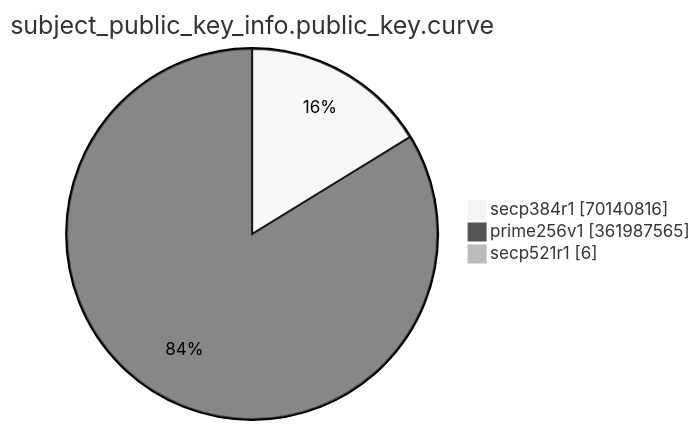
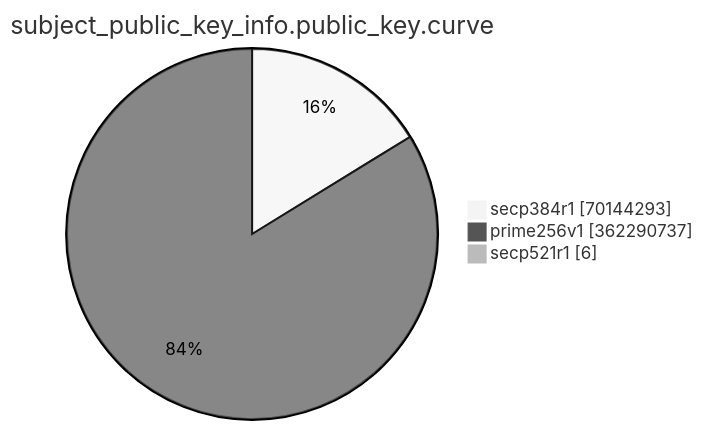
The eighth of 15 diagrams in TOTAL/README.md (christiankrug/ctmonitor_visualization), drawn with Mermaid (neutral theme) before and after one commit. The commit also changed other lines of this file, not shown here.

````diff
--- a/TOTAL/README.md
+++ b/TOTAL/README.md
@@ -3086,7 +3086,7 @@
 ```mermaid
 pie showData
 title subject_public_key_info.public_key.curve
-"secp384r1" :70140816
-"prime256v1" :361987565
+"secp384r1" :70144293
+"prime256v1" :362290737
 "secp521r1" :6
 ```
````
